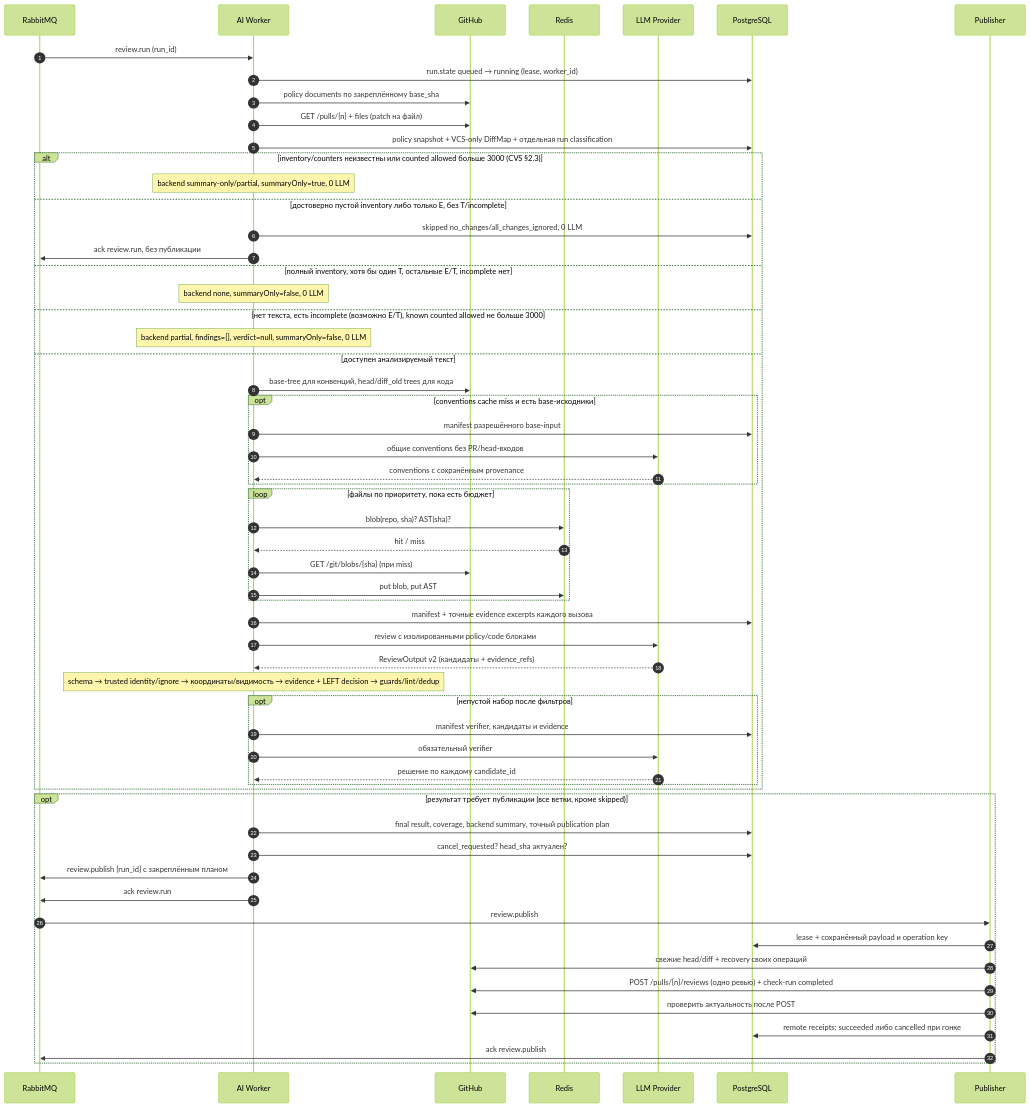
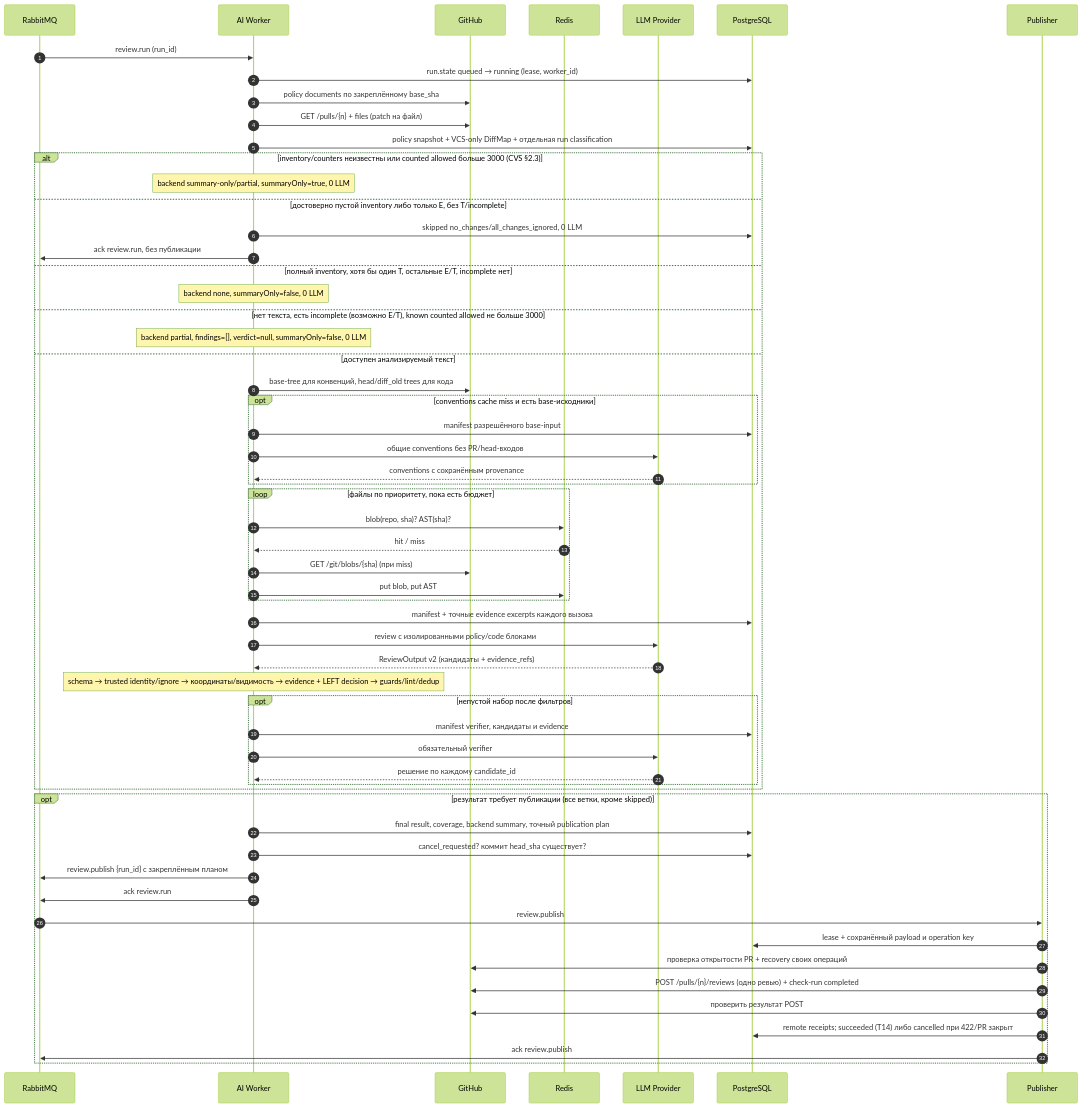
The fifth of 13 diagrams in docs/SYSTEM_DESIGN.md (larchanka-training/dmc-268-api-t6), drawn with Mermaid (forest theme) before and after one commit. The commit also changed other lines of this file and 4 other files, not shown here.

````diff
--- a/docs/SYSTEM_DESIGN.md
+++ b/docs/SYSTEM_DESIGN.md
@@ -362,62 +362,62 @@
 ```mermaid
 sequenceDiagram
   autonumber
   participant MQ as RabbitMQ
   participant W as AI Worker
   participant GH as GitHub
   participant R as Redis
   participant LLM as LLM Provider
   participant PG as PostgreSQL
   participant P as Publisher
 
   MQ->>W: review.run (run_id)
   W->>PG: run.state queued → running (lease, worker_id)
   W->>GH: policy documents по закреплённому base_sha
   W->>GH: GET /pulls/{n} + files (patch на файл)
   W->>PG: policy snapshot + VCS-only DiffMap + отдельная run classification
   alt inventory/counters неизвестны или counted allowed больше 3000 (CVS §2.3)
     Note over W: backend summary-only/partial, summaryOnly=true, 0 LLM
   else достоверно пустой inventory либо только E, без T/incomplete
     W->>PG: skipped no_changes/all_changes_ignored, 0 LLM
     W->>MQ: ack review.run, без публикации
   else полный inventory, хотя бы один T, остальные E/T, incomplete нет
     Note over W: backend none, summaryOnly=false, 0 LLM
   else нет текста, есть incomplete (возможно E/T), known counted allowed не больше 3000
     Note over W: backend partial, findings=[], verdict=null, summaryOnly=false, 0 LLM
   else доступен анализируемый текст
     W->>GH: base-tree для конвенций, head/diff_old trees для кода
     opt conventions cache miss и есть base-исходники
       W->>PG: manifest разрешённого base-input
       W->>LLM: общие conventions без PR/head-входов
       LLM-->>W: conventions с сохранённым provenance
     end
     loop файлы по приоритету, пока есть бюджет
       W->>R: blob(repo, sha)? AST(sha)?
       R-->>W: hit / miss
       W->>GH: GET /git/blobs/{sha} (при miss)
       W->>R: put blob, put AST
     end
     W->>PG: manifest + точные evidence excerpts каждого вызова
     W->>LLM: review с изолированными policy/code блоками
     LLM-->>W: ReviewOutput v2 (кандидаты + evidence_refs)
     Note over W: schema → trusted identity/ignore → координаты/видимость → evidence + LEFT decision → guards/lint/dedup
     opt непустой набор после фильтров
       W->>PG: manifest verifier, кандидаты и evidence
       W->>LLM: обязательный verifier
       LLM-->>W: решение по каждому candidate_id
     end
   end
   opt результат требует публикации (все ветки, кроме skipped)
   W->>PG: final result, coverage, backend summary, точный publication plan
-  W->>PG: cancel_requested? head_sha актуален?
+  W->>PG: cancel_requested? коммит head_sha существует?
   W->>MQ: review.publish {run_id} с закреплённым планом
   W->>MQ: ack review.run
   MQ->>P: review.publish
   P->>PG: lease + сохранённый payload и operation key
-  P->>GH: свежие head/diff + recovery своих операций
+  P->>GH: проверка открытости PR + recovery своих операций
   P->>GH: POST /pulls/{n}/reviews (одно ревью) + check-run completed
-  P->>GH: проверить актуальность после POST
-  P->>PG: remote receipts#59; succeeded либо cancelled при гонке
+  P->>GH: проверить результат POST
+  P->>PG: remote receipts#59; succeeded (T14) либо cancelled при 422/PR закрыт
   P->>MQ: ack review.publish
   end
 ```
````
